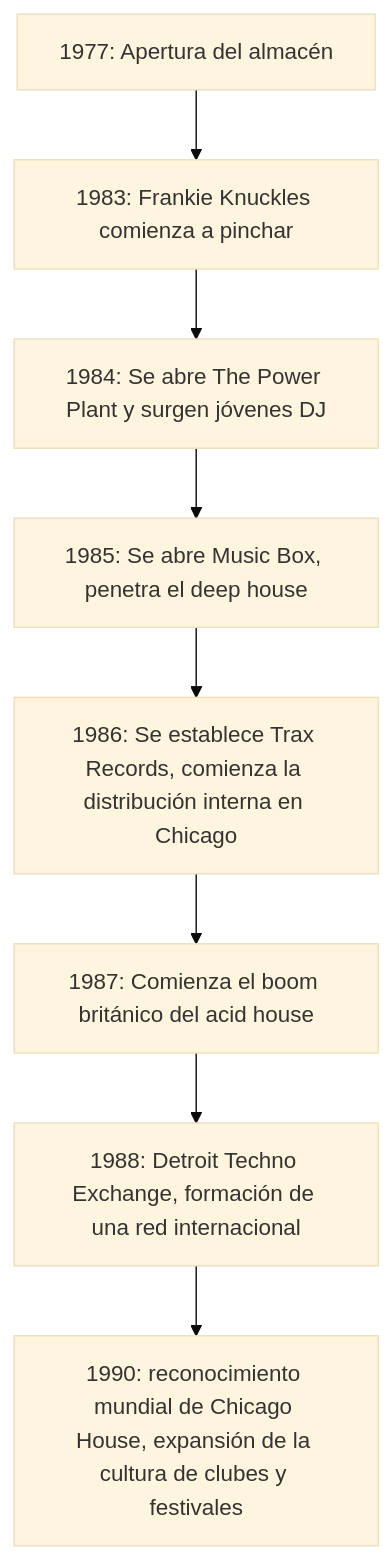
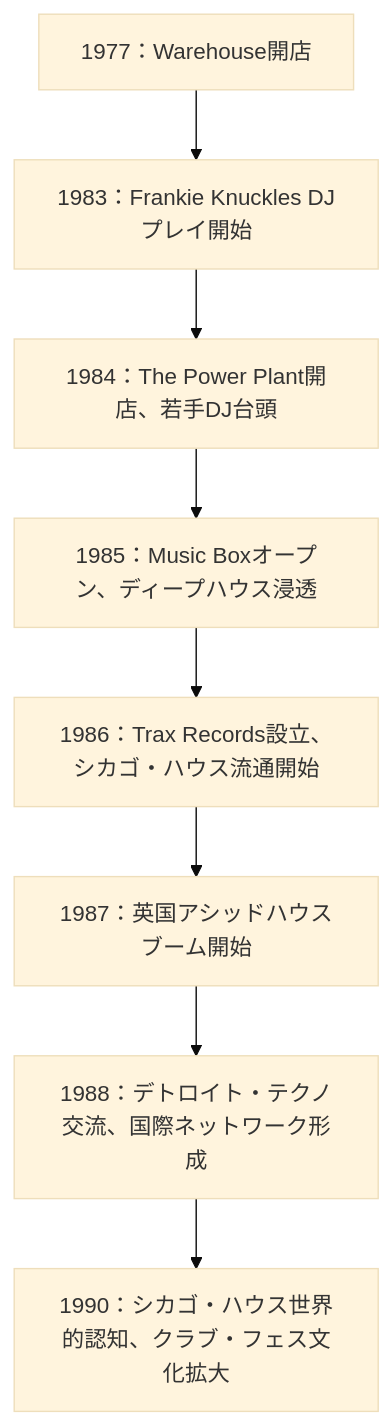
Before and after one commit to monumental-movement/monumental-movement.github.io: the diagram in es/_posts/2025-10-11-Colum-Chicago-House.md, drawn with Mermaid (base theme). The commit also changed other lines of this file and 299 other files, not shown here.

```diff
--- a/es/_posts/2025-10-11-Colum-Chicago-House.md
+++ b/es/_posts/2025-10-11-Colum-Chicago-House.md
@@ -167,12 +167,12 @@
 <div class="mermaid">
 
 flowchart TD
-    A1977["1977: Apertura del almacén"] --> B1983["1983: Frankie Knuckles comienza a pinchar"]
-    B1983 --> C1984["1984: Se abre The Power Plant y surgen jóvenes DJ"]
-    C1984 --> D1985["1985: Se abre Music Box, penetra el deep house"]
-    D1985 --> E1986["1986: Se establece Trax Records, comienza la distribución interna en Chicago"]
-    E1986 --> F1987["1987: Comienza el boom británico del acid house"]
-    F1987 --> G1988["1988: Detroit Techno Exchange, formación de una red internacional"]
-    G1988 --> H1990["1990: reconocimiento mundial de Chicago House, expansión de la cultura de clubes y festivales"]
+    A1977["1977：Warehouse開店"] --> B1983["1983：Frankie Knuckles DJプレイ開始"]
+    B1983 --> C1984["1984：The Power Plant開店、若手DJ台頭"]
+    C1984 --> D1985["1985：Music Boxオープン、ディープハウス浸透"]
+    D1985 --> E1986["1986：Trax Records設立、シカゴ・ハウス流通開始"]
+    E1986 --> F1987["1987：英国アシッドハウスブーム開始"]
+    F1987 --> G1988["1988：デトロイト・テクノ交流、国際ネットワーク形成"]
+    G1988 --> H1990["1990：シカゴ・ハウス世界的認知、クラブ・フェス文化拡大"]
 
 </div>
```
